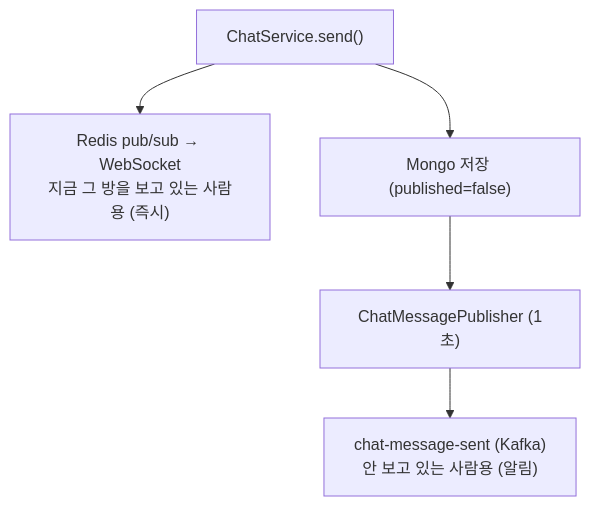
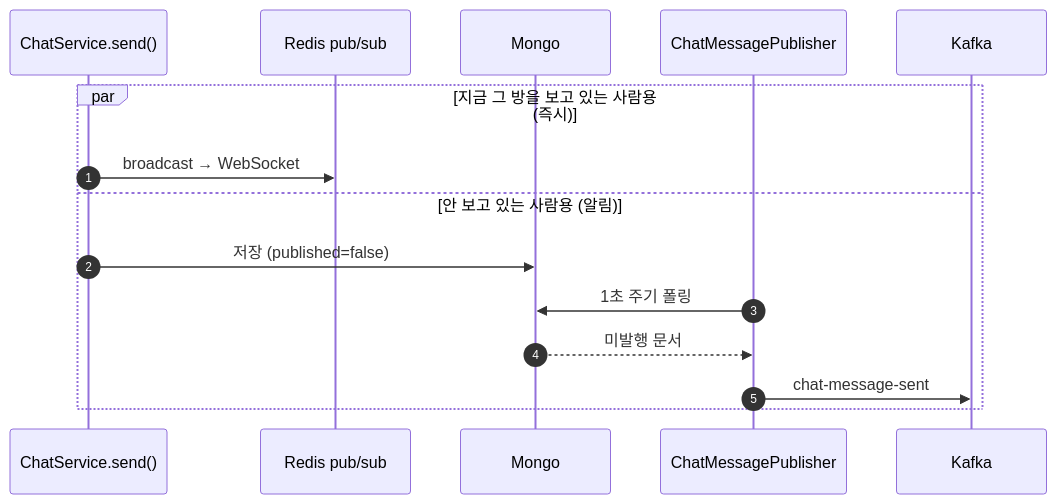
One commit to rvlwldev/langlez-backend changed the tenth of 14 diagrams in ARCHITECTURE.md. Above: the diagram before and after it, drawn with Mermaid. The commit also changed other lines of this file, not shown here.

First line of the commit message:
docs(architecture): 이벤트 흐름을 시퀀스 다이어그램으로 (#28)

````diff
--- a/ARCHITECTURE.md
+++ b/ARCHITECTURE.md
@@ -259,7 +354,18 @@
 ```mermaid
-flowchart TD
-    S["ChatService.send()"] --> R["Redis pub/sub → WebSocket<br/>지금 그 방을 보고 있는 사람용 (즉시)"]
-    S --> M["Mongo 저장 (published=false)"]
-    M --> P["ChatMessagePublisher (1초)"]
-    P --> K["chat-message-sent (Kafka)<br/>안 보고 있는 사람용 (알림)"]
+sequenceDiagram
+    autonumber
+    participant S as ChatService.send()
+    participant R as Redis pub/sub
+    participant M as Mongo
+    participant P as ChatMessagePublisher
+    participant K as Kafka
+
+    par 지금 그 방을 보고 있는 사람용 (즉시)
+        S->>R: broadcast → WebSocket
+    and 안 보고 있는 사람용 (알림)
+        S->>M: 저장 (published=false)
+        P->>M: 1초 주기 폴링
+        M-->>P: 미발행 문서
+        P->>K: chat-message-sent
+    end
 ```
````
